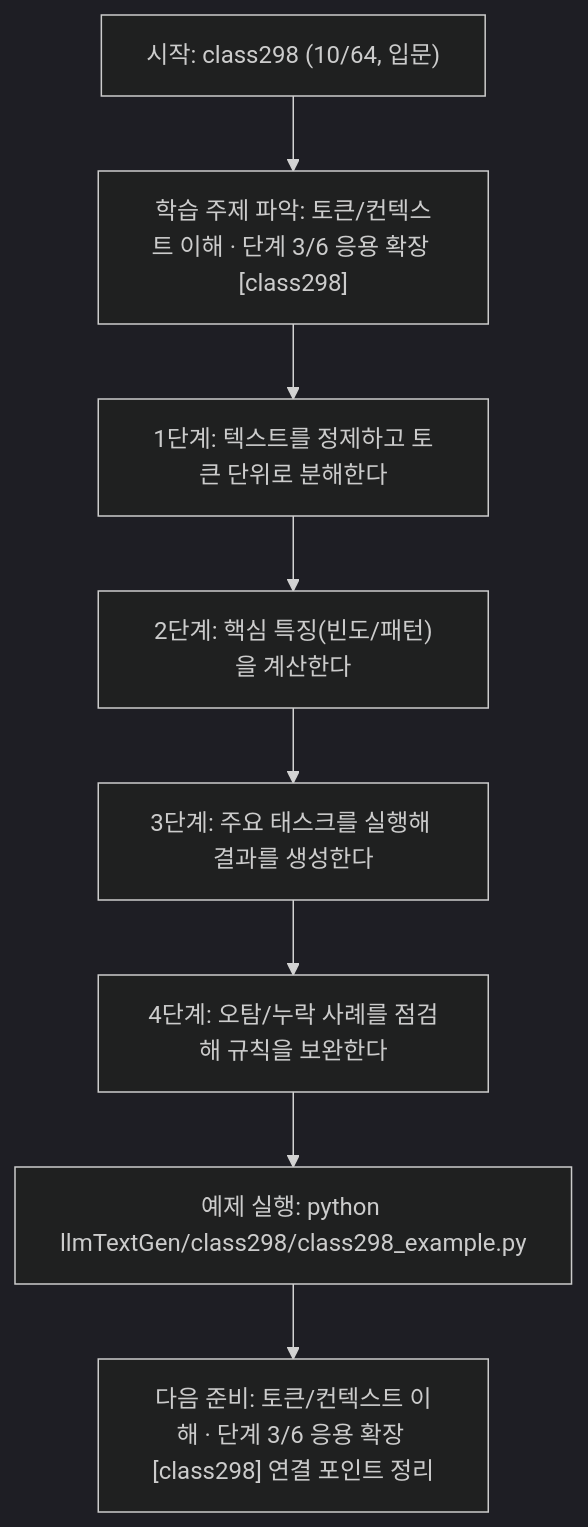
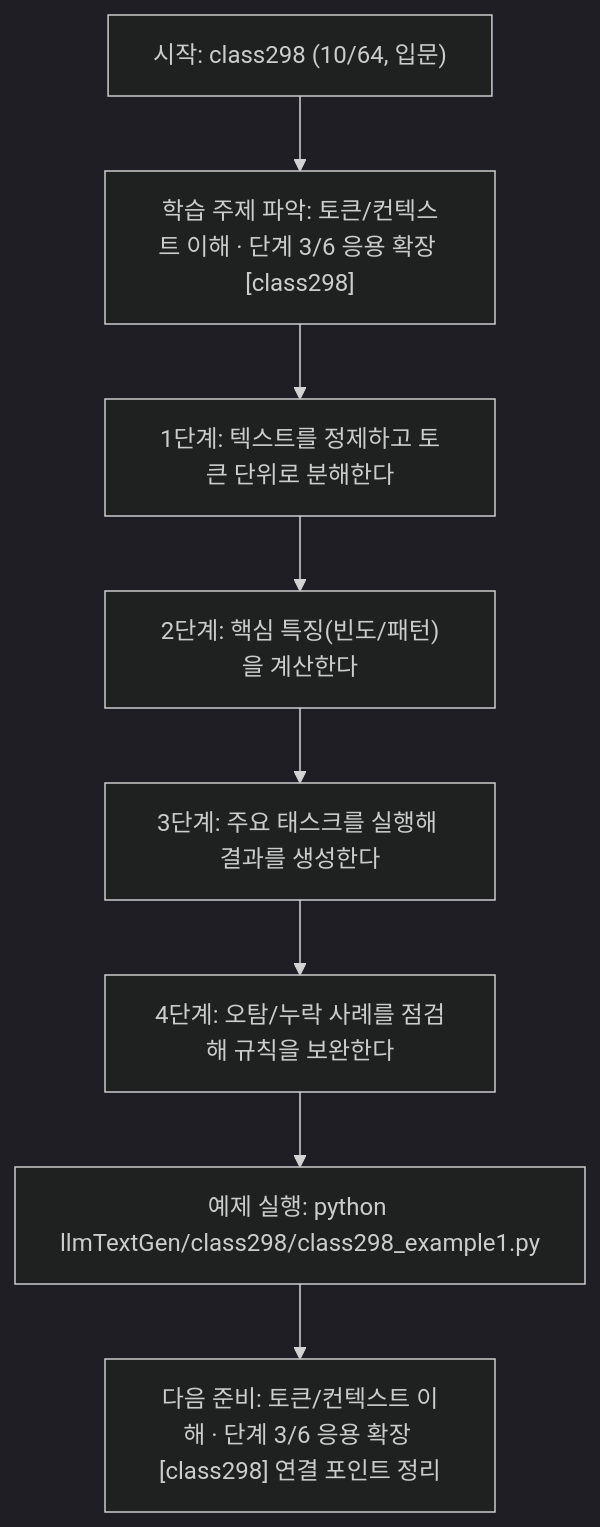
Before and after one commit to edumgt/Python-AI_Agent-Class: the diagram in llmTextGen/class298/class298.md, drawn with Mermaid (dark theme). The commit also changed other lines of this file and 2959 other files, not shown here.

````diff
--- a/llmTextGen/class298/class298.md
+++ b/llmTextGen/class298/class298.md
@@ -114,18 +114,18 @@
 ```mermaid
 flowchart TD
 N1["시작: class298 (10/64, 입문)"]
 N2["학습 주제 파악: 토큰/컨텍스트 이해 · 단계 3/6 응용 확장 [class298]"]
 N3["1단계: 텍스트를 정제하고 토큰 단위로 분해한다"]
 N4["2단계: 핵심 특징(빈도/패턴)을 계산한다"]
 N5["3단계: 주요 태스크를 실행해 결과를 생성한다"]
 N6["4단계: 오탐/누락 사례를 점검해 규칙을 보완한다"]
-N7["예제 실행: python llmTextGen/class298/class298_example.py"]
+N7["예제 실행: python llmTextGen/class298/class298_example1.py"]
 N8["다음 준비: 토큰/컨텍스트 이해 · 단계 3/6 응용 확장 [class298] 연결 포인트 정리"]
 N1 --> N2
 N2 --> N3
 N3 --> N4
 N4 --> N5
 N5 --> N6
 N6 --> N7
 N7 --> N8
 ```
````
